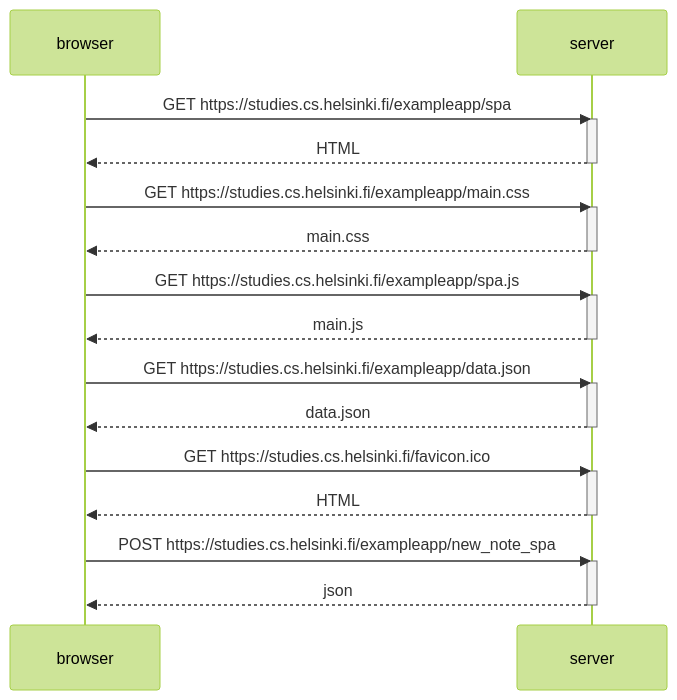
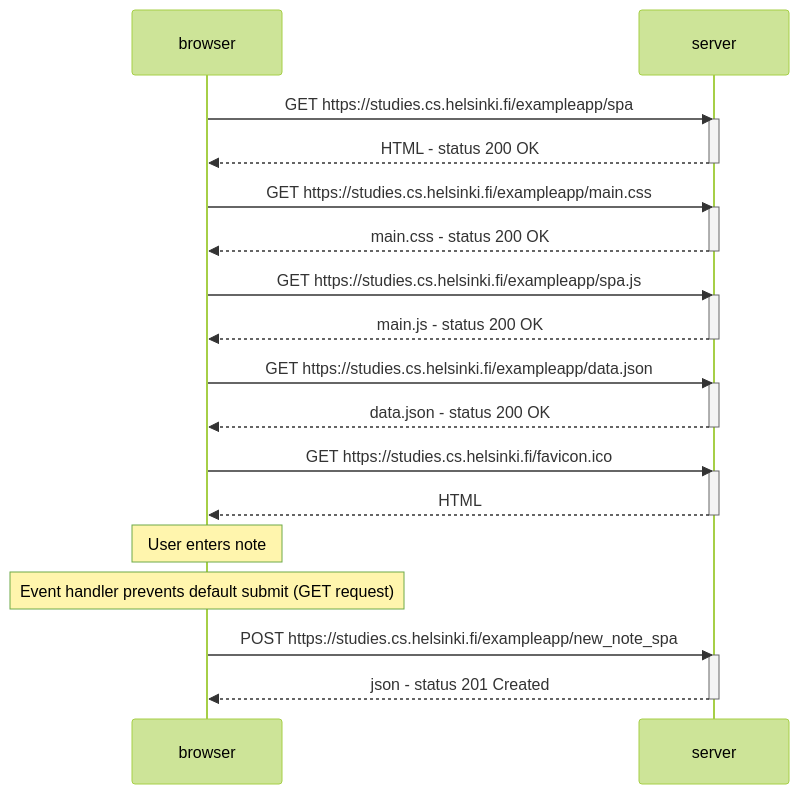
The diagram in part0/0.6.md (joekbullard/helsinki-mooc), drawn with Mermaid (forest theme) before and after one commit.

````diff
--- a/part0/0.6.md
+++ b/part0/0.6.md
@@ -1,36 +1,40 @@
 ```mermaid
 sequenceDiagram
     participant browser
     participant server
     
     browser->>server: GET https://studies.cs.helsinki.fi/exampleapp/spa
     activate server
-    server-->>browser: HTML
+    server-->>browser: HTML - status 200 OK
     deactivate server
     
     browser->>server: GET https://studies.cs.helsinki.fi/exampleapp/main.css
     activate server
-    server-->>browser: main.css
+    server-->>browser: main.css - status 200 OK
     deactivate server
 
     browser->>server: GET https://studies.cs.helsinki.fi/exampleapp/spa.js
     activate server
-    server-->>browser: main.js
+    server-->>browser: main.js - status 200 OK
     deactivate server
     
     browser->>server: GET https://studies.cs.helsinki.fi/exampleapp/data.json
     activate server
-    server-->>browser: data.json
+    server-->>browser: data.json - status 200 OK
     deactivate server
     
     browser->>server: GET https://studies.cs.helsinki.fi/favicon.ico
     activate server
     server-->>browser: HTML
     deactivate server
     
+    Note over browser: User enters note
+    
+    Note over browser: Event handler prevents default submit (GET request) 
+    
     browser->>server: POST https://studies.cs.helsinki.fi/exampleapp/new_note_spa
     activate server
-    server-->>browser: json
+    server-->>browser: json - status 201 Created
     deactivate server
 
 ```    
````
